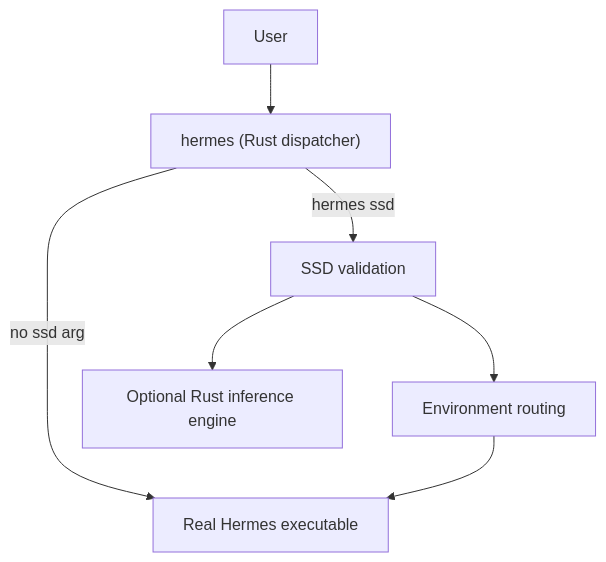
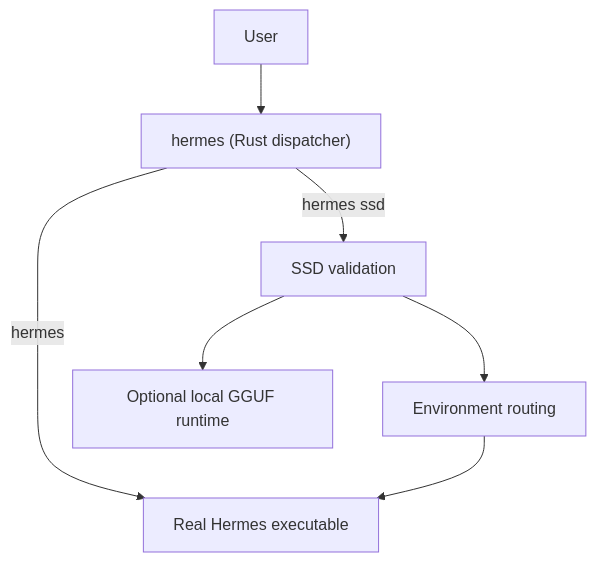
One commit to maxiguillermo1/hermes-ssd-llm changed the diagram in README.md. Above: the diagram before and after it, drawn with Mermaid. The commit also changed other lines of this file and 11 other files, not shown here.

First line of the commit message:
docs: replace README and benchmark docs for Hermes SSD LLM v0.3.0

````diff
--- a/README.md
+++ b/README.md
@@ -60,9 +157,9 @@
 ```mermaid
 flowchart TD
   User --> Dispatcher["hermes (Rust dispatcher)"]
-  Dispatcher -->|no ssd arg| RealHermes[Real Hermes executable]
+  Dispatcher -->|hermes| RealHermes[Real Hermes executable]
   Dispatcher -->|hermes ssd| Validate[SSD validation]
   Validate --> Env[Environment routing]
   Env --> RealHermes
-  Validate --> Inference[Optional Rust inference engine]
+  Validate --> Inference[Optional local GGUF runtime]
 ```
````
